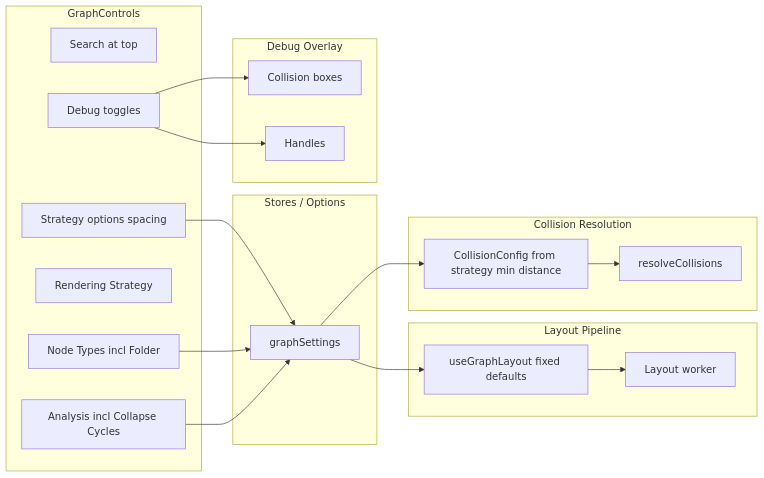
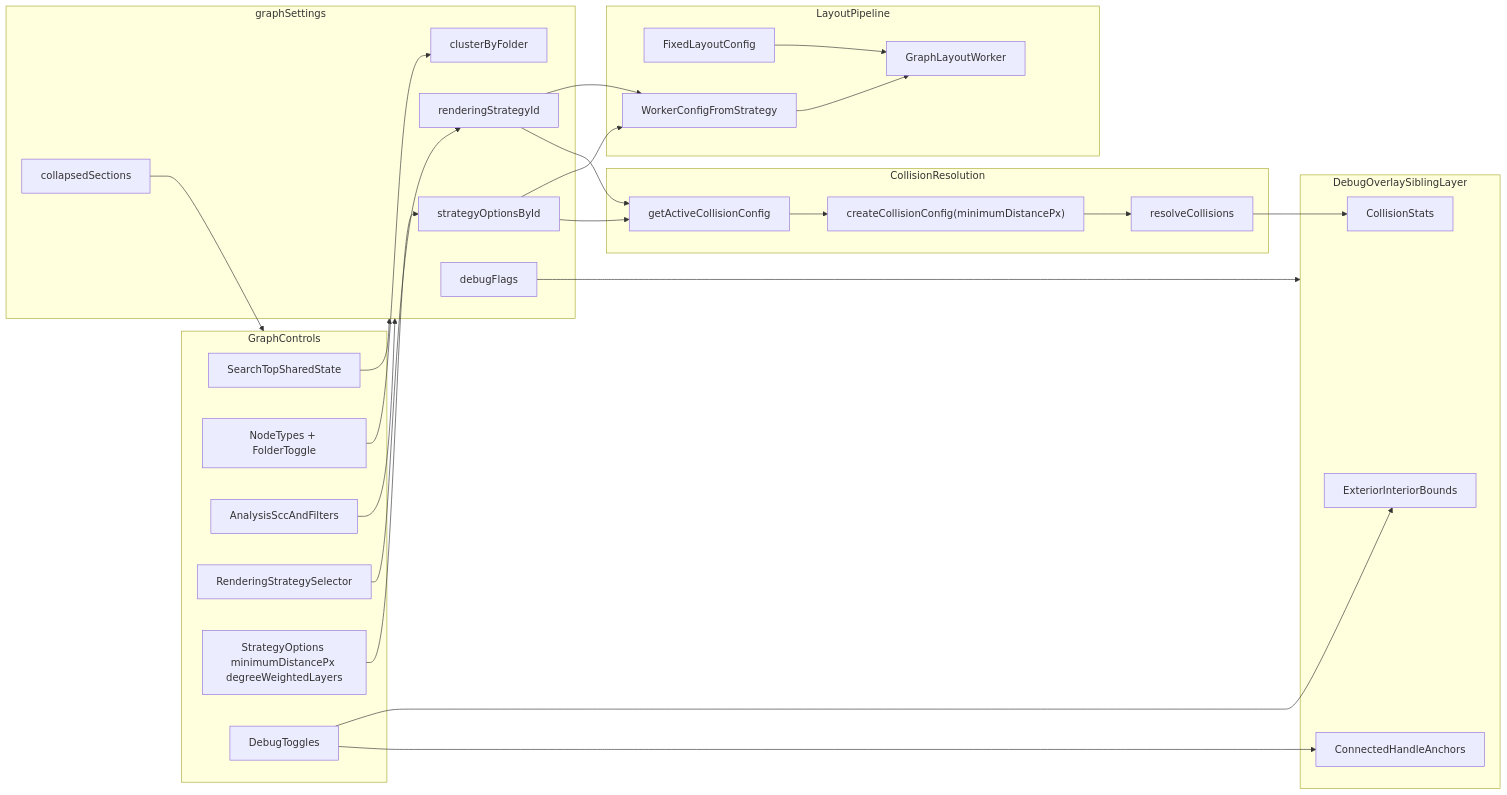
The diagram in .cursor/plans/node_overlap_and_controls_overhaul_e64e38f8.plan.md (Neurotypic-ai/magus-typescript-viewer), drawn with Mermaid before and after one commit. The commit also changed other lines of this file and 21 other files, not shown here.

First line of the commit message:
Refactor node overlap handling and enhance GraphControls with debug overlays

````diff
--- a/.cursor/plans/node_overlap_and_controls_overhaul_e64e38f8.plan.md
+++ b/.cursor/plans/node_overlap_and_controls_overhaul_e64e38f8.plan.md
@@ -126,39 +335,56 @@
 ```mermaid
 flowchart LR
-  subgraph UI [GraphControls]
-    Search[Search at top]
-    NodeTypes[Node Types incl Folder]
-    Analysis[Analysis incl Collapse Cycles]
-    Strategy[Rendering Strategy]
-    StrategyOpts[Strategy options spacing]
-    Debug[Debug toggles]
+  subgraph controlsUi [GraphControls]
+    searchTop[SearchTopSharedState]
+    nodeTypesUi["NodeTypes + FolderToggle"]
+    analysisUi["AnalysisSccAndFilters"]
+    strategyUi[RenderingStrategySelector]
+    strategyOptionsUi["StrategyOptions minimumDistancePx degreeWeightedLayers"]
+    debugUi[DebugToggles]
   end
 
-  subgraph Data [Stores / Options]
-    GS[graphSettings]
-    StrategyOpts --> GS
-    NodeTypes --> GS
-    Analysis --> GS
+  subgraph settingsData [graphSettings]
+    strategyId[renderingStrategyId]
+    strategyOpts[strategyOptionsById]
+    clusterToggle[clusterByFolder]
+    collapsedState[collapsedSections]
+    debugState[debugFlags]
   end
 
-  subgraph Layout [Layout Pipeline]
-    useGraphLayout[useGraphLayout fixed defaults]
-    Worker[Layout worker]
-    useGraphLayout --> Worker
-    GS --> useGraphLayout
+  subgraph layoutPipeline [LayoutPipeline]
+    fixedLayout[FixedLayoutConfig]
+    workerConfig[WorkerConfigFromStrategy]
+    elkWorker[GraphLayoutWorker]
+    fixedLayout --> elkWorker
+    workerConfig --> elkWorker
   end
 
-  subgraph Collision [Collision Resolution]
-    Resolver[resolveCollisions]
-    Config[CollisionConfig from strategy min distance]
-    GS --> Config
-    Config --> Resolver
+  subgraph collisionPipeline [CollisionResolution]
+    activeConfig["getActiveCollisionConfig"]
+    configFactory["createCollisionConfig(minimumDistancePx)"]
+    resolver[resolveCollisions]
+    activeConfig --> configFactory
+    configFactory --> resolver
   end
 
-  subgraph DebugLayer [Debug Overlay]
-    Bounds[Collision boxes]
-    Handles[Handles]
-    Debug --> Bounds
-    Debug --> Handles
+  subgraph debugLayer [DebugOverlaySiblingLayer]
+    bounds["ExteriorInteriorBounds"]
+    handles[ConnectedHandleAnchors]
+    stats[CollisionStats]
+    debugUi --> bounds
+    debugUi --> handles
+    resolver --> stats
   end
+
+  strategyUi --> strategyId
+  strategyOptionsUi --> strategyOpts
+  nodeTypesUi --> clusterToggle
+  analysisUi --> settingsData
+  searchTop --> settingsData
+  collapsedState --> controlsUi
+  debugState --> debugLayer
+  strategyId --> workerConfig
+  strategyOpts --> workerConfig
+  strategyId --> activeConfig
+  strategyOpts --> activeConfig
 ```
````
